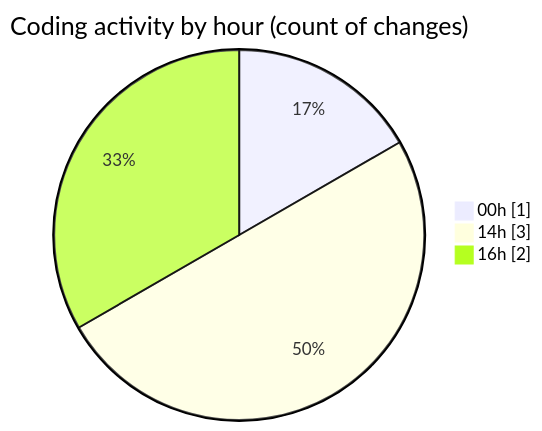
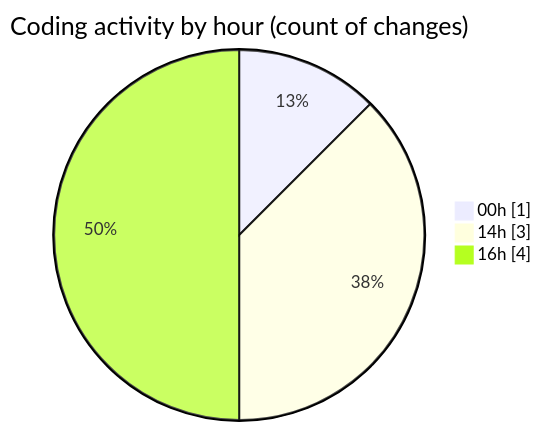
Before and after one commit to JenPaints/code-tracking: the second of 2 diagrams in 2025-06-26/archive/README.md, drawn with Mermaid. The commit also changed other lines of this file and 1 other file, not shown here.

````diff
--- a/2025-06-26/archive/README.md
+++ b/2025-06-26/archive/README.md
@@ -32,7 +32,7 @@
 ```mermaid
 pie showData
 title Coding activity by hour (count of changes)
 "00h" : 1
 "14h" : 3
-"16h" : 2
+"16h" : 4
 ```
````
